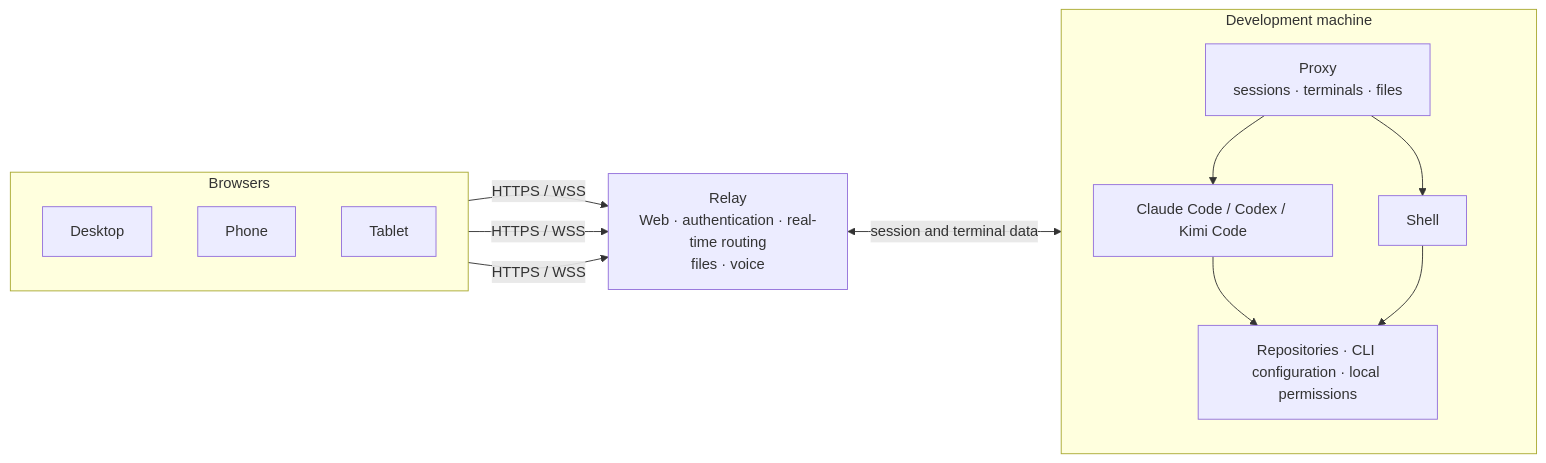
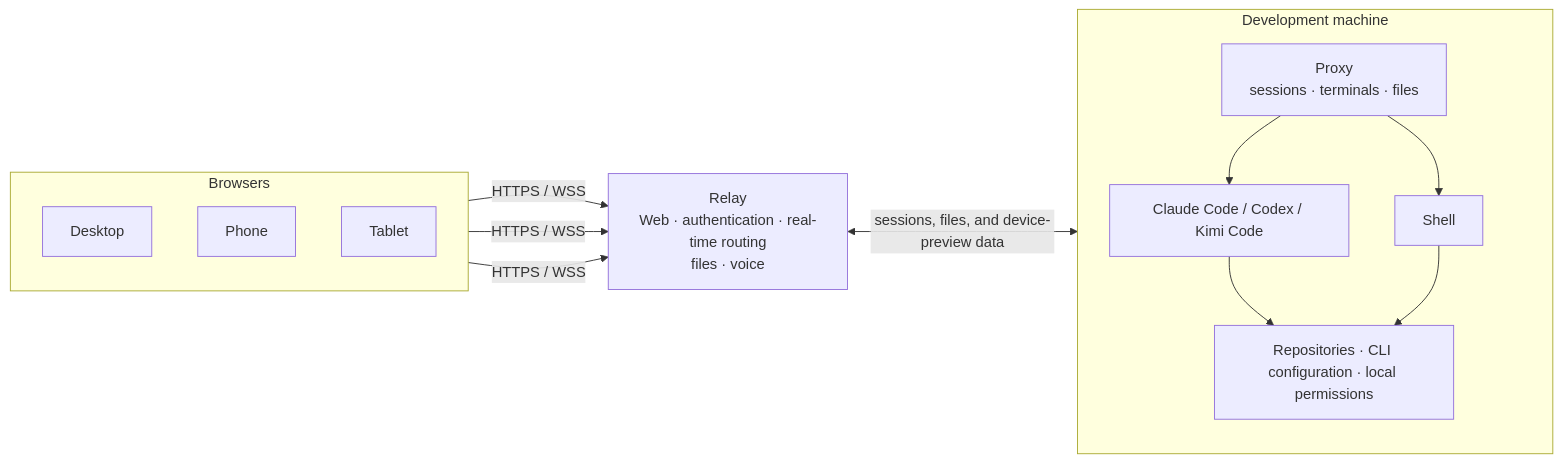
Before and after one commit to lichenxicatapple-blip/dev-anywhere: the diagram in README.en.md, drawn with Mermaid. The commit also changed other lines of this file and 7 other files, not shown here.

````diff
--- a/README.en.md
+++ b/README.en.md
@@ -257,29 +270,29 @@
 ```mermaid
 flowchart LR
   subgraph clients["Browsers"]
     direction TB
     desktop["Desktop"]
     phone["Phone"]
     tablet["Tablet"]
   end
 
   relay["Relay<br/>Web · authentication · real-time routing<br/>files · voice"]
 
   subgraph machine["Development machine"]
     direction TB
     proxy["Proxy<br/>sessions · terminals · files"]
     agent["Claude Code / Codex / Kimi Code"]
     shell["Shell"]
     local["Repositories · CLI configuration · local permissions"]
 
     proxy --> agent
     proxy --> shell
     agent --> local
     shell --> local
   end
 
   desktop -->|"HTTPS / WSS"| relay
   phone -->|"HTTPS / WSS"| relay
   tablet -->|"HTTPS / WSS"| relay
-  relay <-->|"session and terminal data"| proxy
+  relay <-->|"sessions, files, and device-preview data"| proxy
 ```
````
